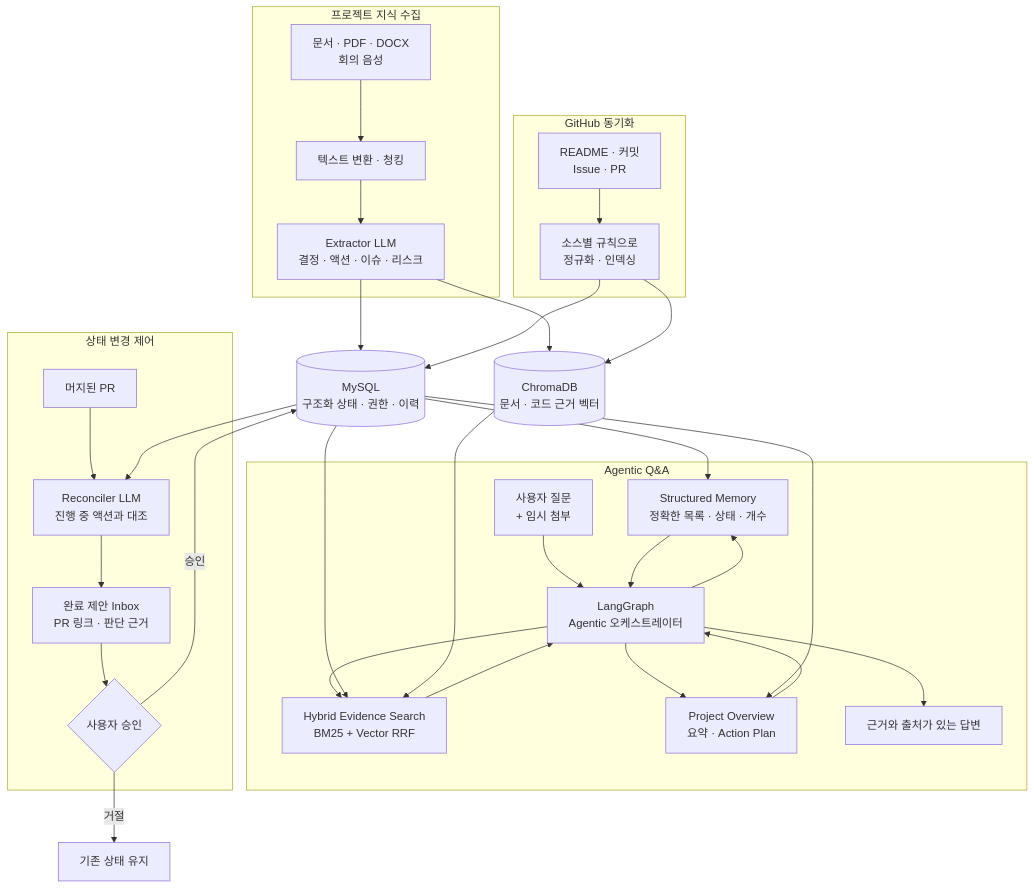
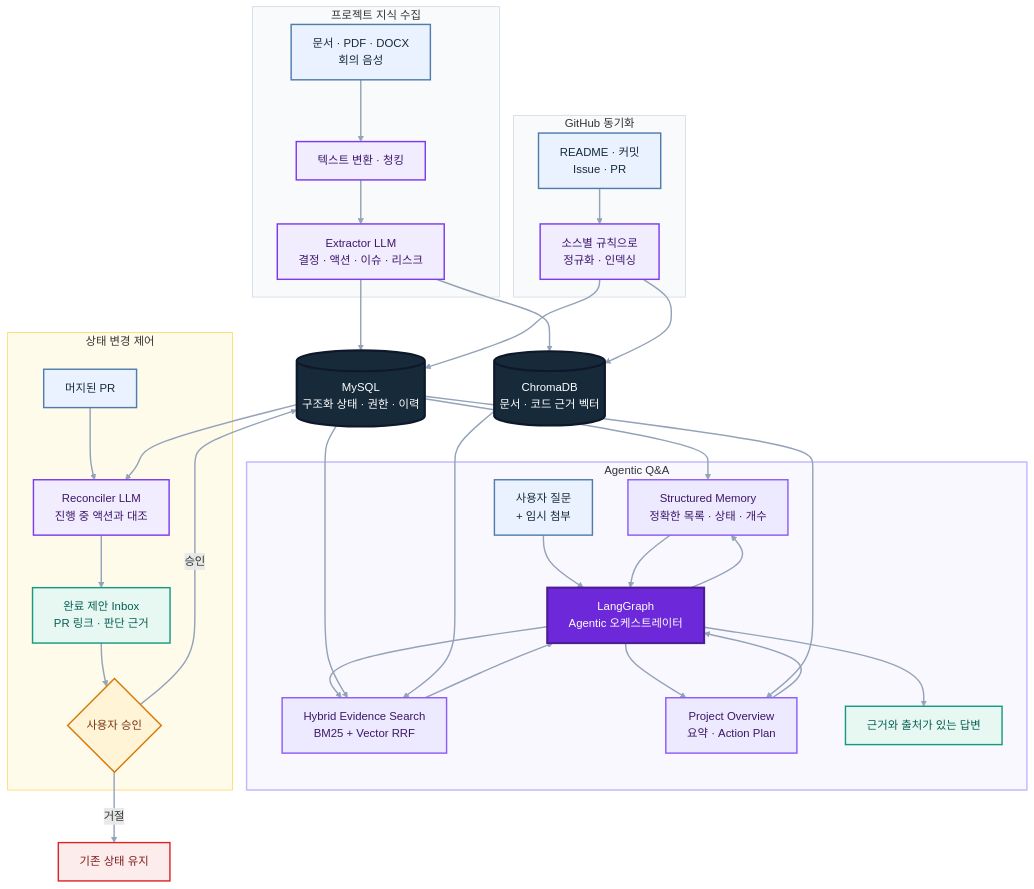
One commit to SKNETWORKS-FAMILY-AICAMP/SKN30-4th-1Team changed the second of 2 diagrams in README.md. Above: the diagram before and after it, drawn with Mermaid. The commit also changed other lines of this file, not shown here.

Commit message:
docs: highlight team and refine architecture diagrams

````diff
--- a/README.md
+++ b/README.md
@@ -140,4 +206,28 @@
     MYSQL --> MATCH
     APPROVAL -->|승인| MYSQL
     APPROVAL -->|거절| KEEP["기존 상태 유지"]
+
+    classDef input fill:#EAF2FF,stroke:#4F7CAC,color:#172A3A,stroke-width:2px
+    classDef transform fill:#F2ECFF,stroke:#7C3AED,color:#3B1768,stroke-width:2px
+    classDef datastore fill:#172A3A,stroke:#0F172A,color:#FFFFFF,stroke-width:3px
+    classDef agent fill:#6D28D9,stroke:#4C1D95,color:#FFFFFF,stroke-width:3px
+    classDef tool fill:#EDE9FE,stroke:#8B5CF6,color:#3B1768,stroke-width:2px
+    classDef success fill:#E7F8F2,stroke:#159A80,color:#075E54,stroke-width:2px
+    classDef approval fill:#FFF4D6,stroke:#D97706,color:#78350F,stroke-width:2px
+    classDef reject fill:#FDECEC,stroke:#DC2626,color:#7F1D1D,stroke-width:2px
+
+    class INPUT,REPO,QUESTION,MERGED input
+    class CONVERT,EXTRACT,INDEX,MATCH transform
+    class MYSQL,CHROMA datastore
+    class AGENT agent
+    class SQL_TOOL,SEARCH_TOOL,OVERVIEW_TOOL tool
+    class ANSWER,INBOX success
+    class APPROVAL approval
+    class KEEP reject
+
+    style Ingestion fill:#F8FAFC,stroke:#CBD5E1,stroke-width:1px
+    style GitHub fill:#F8FAFC,stroke:#CBD5E1,stroke-width:1px
+    style QA fill:#FAF8FF,stroke:#C4B5FD,stroke-width:2px
+    style Reconciler fill:#FFFBEB,stroke:#FCD34D,stroke-width:1px
+    linkStyle default stroke:#94A3B8,stroke-width:2px
 ```
````
